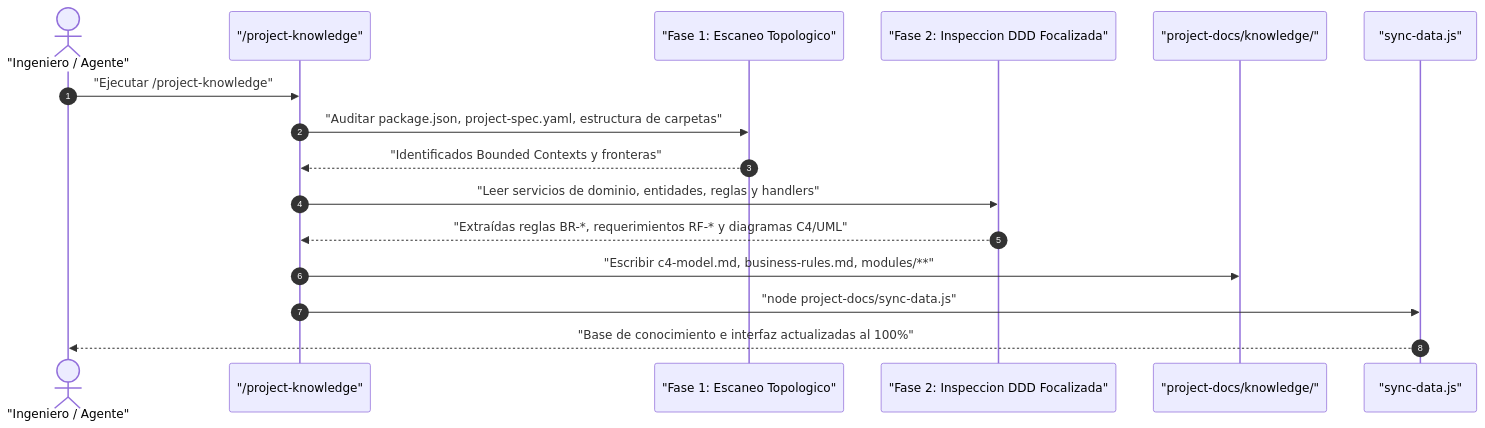
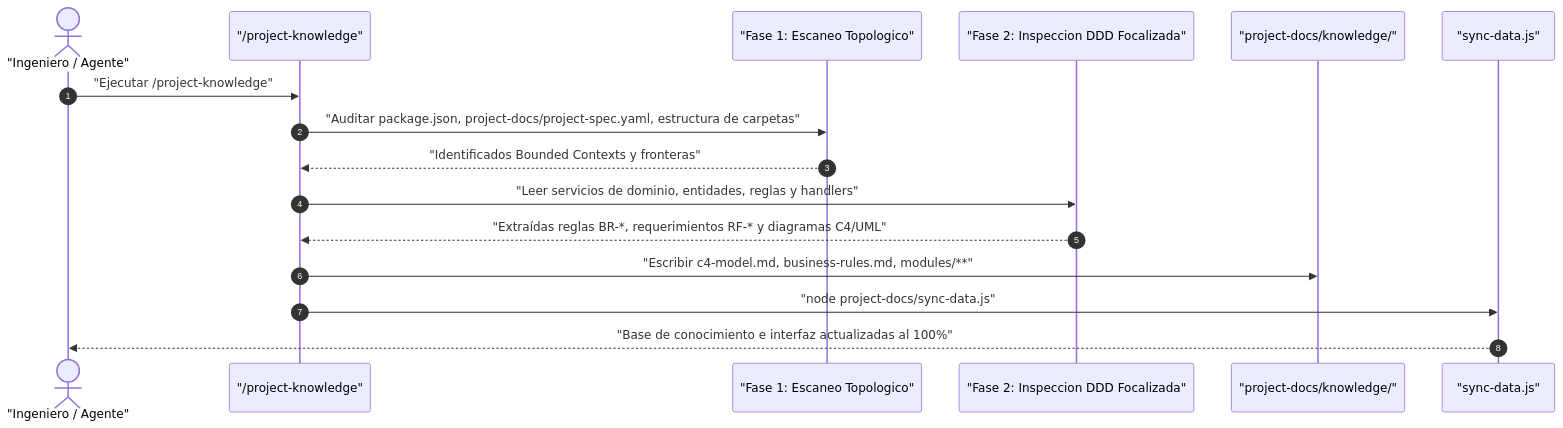
One commit to Nayid4/ContextForge changed the diagram in project-docs/knowledge/modules/knowledge-engine/sequence.md. Above: the diagram before and after it, drawn with Mermaid. The commit also changed 106 other files, not shown here.

Commit message:
feat(harness): encapsulate specs, verify.sh and project-spec in project-docs

````diff
--- a/project-docs/knowledge/modules/knowledge-engine/sequence.md
+++ b/project-docs/knowledge/modules/knowledge-engine/sequence.md
@@ -3,19 +3,19 @@
 ```mermaid
 sequenceDiagram
   autonumber
   actor User as "Ingeniero / Agente"
   participant Skill as "/project-knowledge"
   participant Phase1 as "Fase 1: Escaneo Topologico"
   participant Phase2 as "Fase 2: Inspeccion DDD Focalizada"
   participant Storage as "project-docs/knowledge/"
   participant Sync as "sync-data.js"
 
   User->>Skill: "Ejecutar /project-knowledge"
-  Skill->>Phase1: "Auditar package.json, project-spec.yaml, estructura de carpetas"
+  Skill->>Phase1: "Auditar package.json, project-docs/project-spec.yaml, estructura de carpetas"
   Phase1-->>Skill: "Identificados Bounded Contexts y fronteras"
   Skill->>Phase2: "Leer servicios de dominio, entidades, reglas y handlers"
   Phase2-->>Skill: "Extraídas reglas BR-*, requerimientos RF-* y diagramas C4/UML"
   Skill->>Storage: "Escribir c4-model.md, business-rules.md, modules/**"
   Skill->>Sync: "node project-docs/sync-data.js"
   Sync-->>User: "Base de conocimiento e interfaz actualizadas al 100%"
 ```
````
